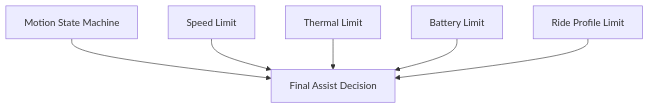
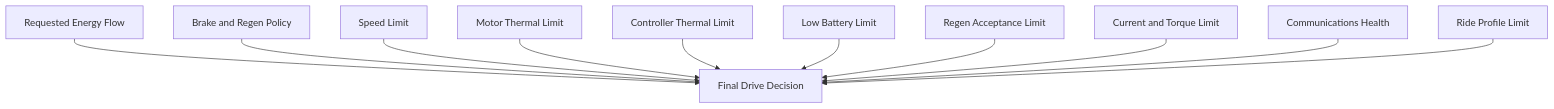
Diagram 11 of 15 in docs/architecture.md (tspreck/ferrous-drive), drawn with Mermaid before and after one commit. The commit also changed other lines of this file, not shown here.

First line of the commit message:
Revise architecture.md for clarity and updates

````diff
--- a/docs/architecture.md
+++ b/docs/architecture.md
@@ -239,19 +846,27 @@
 ```mermaid
 flowchart TD
+    Demand[Requested Energy Flow]
 
-    StateMachine[Motion State Machine]
-
+    Brake[Brake and Regen Policy]
     Speed[Speed Limit]
-    Thermal[Thermal Limit]
-    Battery[Battery Limit]
+    Thermal[Motor Thermal Limit]
+    ControllerTemp[Controller Thermal Limit]
+    BatteryLow[Low Battery Limit]
+    BatteryHigh[Regen Acceptance Limit]
+    Current[Current and Torque Limit]
+    Comms[Communications Health]
     Profile[Ride Profile Limit]
 
-    StateMachine --> Decision
-
+    Demand --> Decision
+    Brake --> Decision
     Speed --> Decision
     Thermal --> Decision
-    Battery --> Decision
+    ControllerTemp --> Decision
+    BatteryLow --> Decision
+    BatteryHigh --> Decision
+    Current --> Decision
+    Comms --> Decision
     Profile --> Decision
 
-    Decision[Final Assist Decision]
+    Decision[Final Drive Decision]
 ```
````
